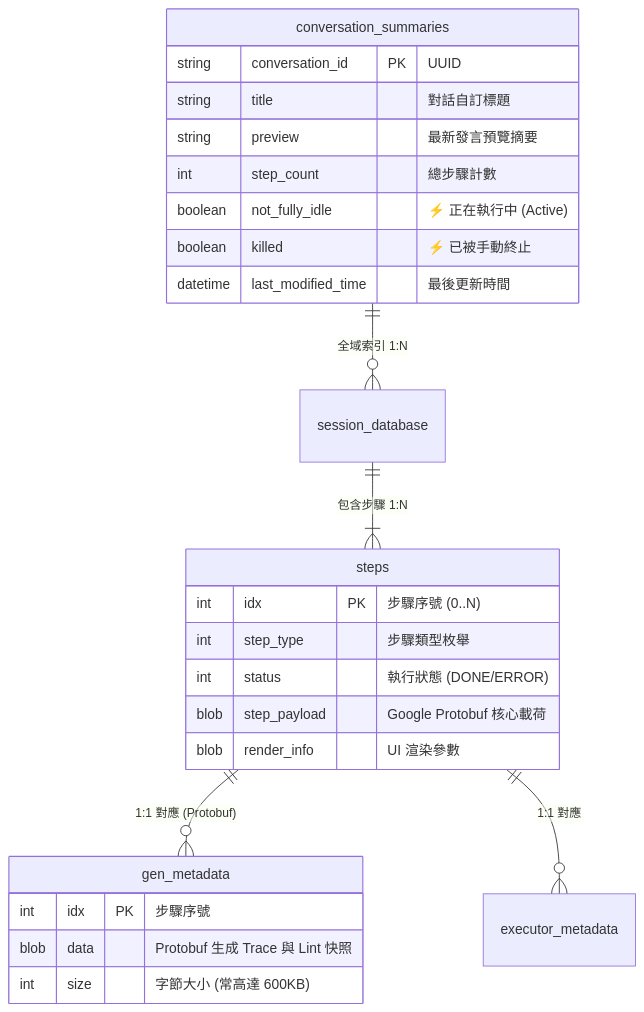
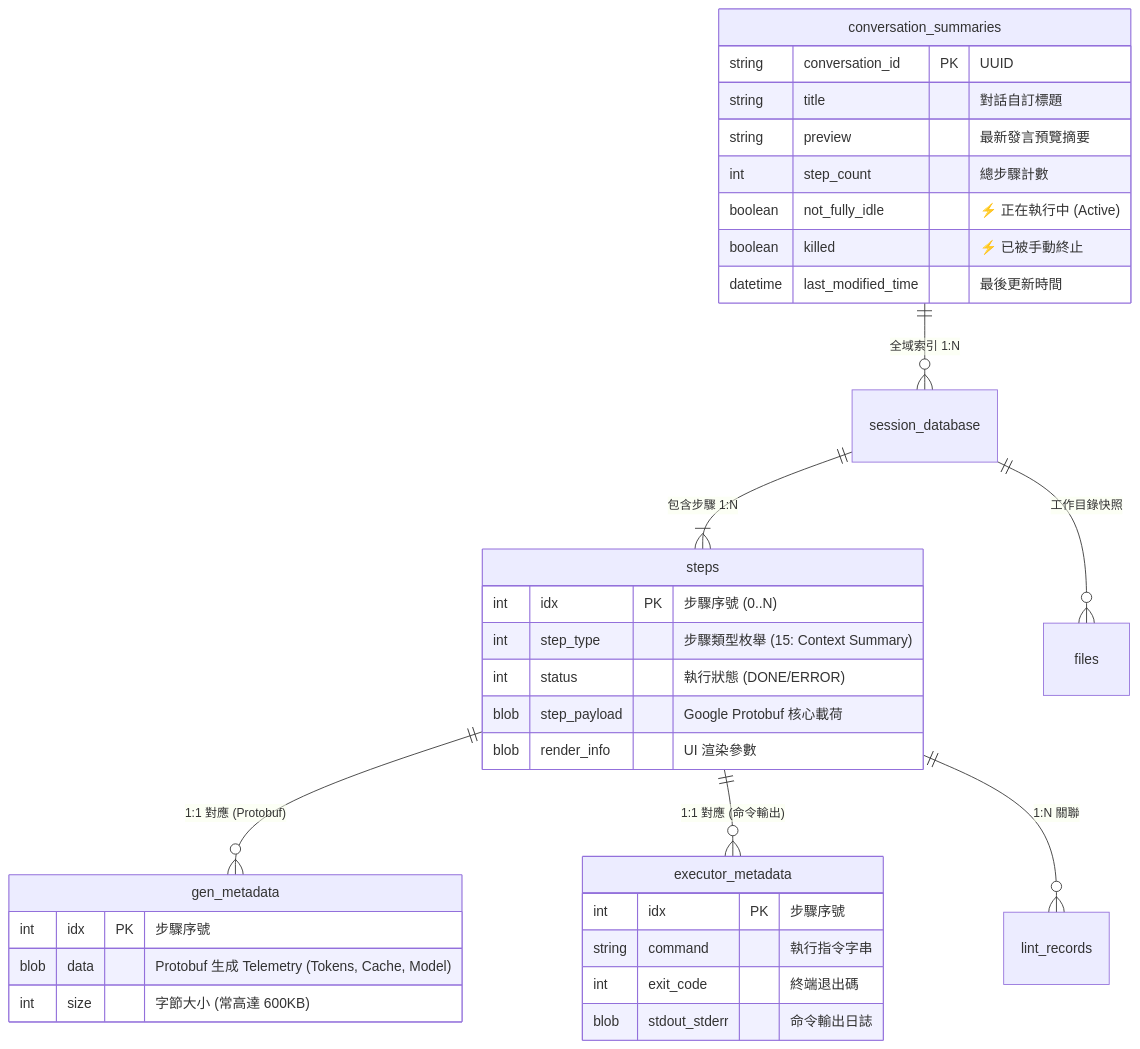
The diagram in docs/02_wiki/02_architecture/03_Agent_Storage_and_State_Machine.md (daniel-yang1739/Hemidall), drawn with Mermaid before and after one commit. The commit also changed other lines of this file and 22 other files, not shown here.

````diff
--- a/docs/02_wiki/02_architecture/03_Agent_Storage_and_State_Machine.md
+++ b/docs/02_wiki/02_architecture/03_Agent_Storage_and_State_Machine.md
@@ -31,31 +31,40 @@
 ```mermaid
 erDiagram
     conversation_summaries ||--o{ session_database : "全域索引 1:N"
     session_database ||--|{ steps : "包含步驟 1:N"
     steps ||--o{ gen_metadata : "1:1 對應 (Protobuf)"
-    steps ||--o{ executor_metadata : "1:1 對應"
+    steps ||--o{ executor_metadata : "1:1 對應 (命令輸出)"
+    steps ||--o{ lint_records : "1:N 關聯"
+    session_database ||--o{ files : "工作目錄快照"
 
     conversation_summaries {
         string conversation_id PK "UUID"
         string title "對話自訂標題"
         string preview "最新發言預覽摘要"
         int step_count "總步驟計數"
         boolean not_fully_idle "⚡ 正在執行中 (Active)"
         boolean killed "⚡ 已被手動終止"
         datetime last_modified_time "最後更新時間"
     }
 
     steps {
         int idx PK "步驟序號 (0..N)"
-        int step_type "步驟類型枚舉"
+        int step_type "步驟類型枚舉 (15: Context Summary)"
         int status "執行狀態 (DONE/ERROR)"
         blob step_payload "Google Protobuf 核心載荷"
         blob render_info "UI 渲染參數"
     }
 
     gen_metadata {
         int idx PK "步驟序號"
-        blob data "Protobuf 生成 Trace 與 Lint 快照"
+        blob data "Protobuf 生成 Telemetry (Tokens, Cache, Model)"
         int size "字節大小 (常高達 600KB)"
     }
+
+    executor_metadata {
+        int idx PK "步驟序號"
+        string command "執行指令字串"
+        int exit_code "終端退出碼"
+        blob stdout_stderr "命令輸出日誌"
+    }
 ```
````
